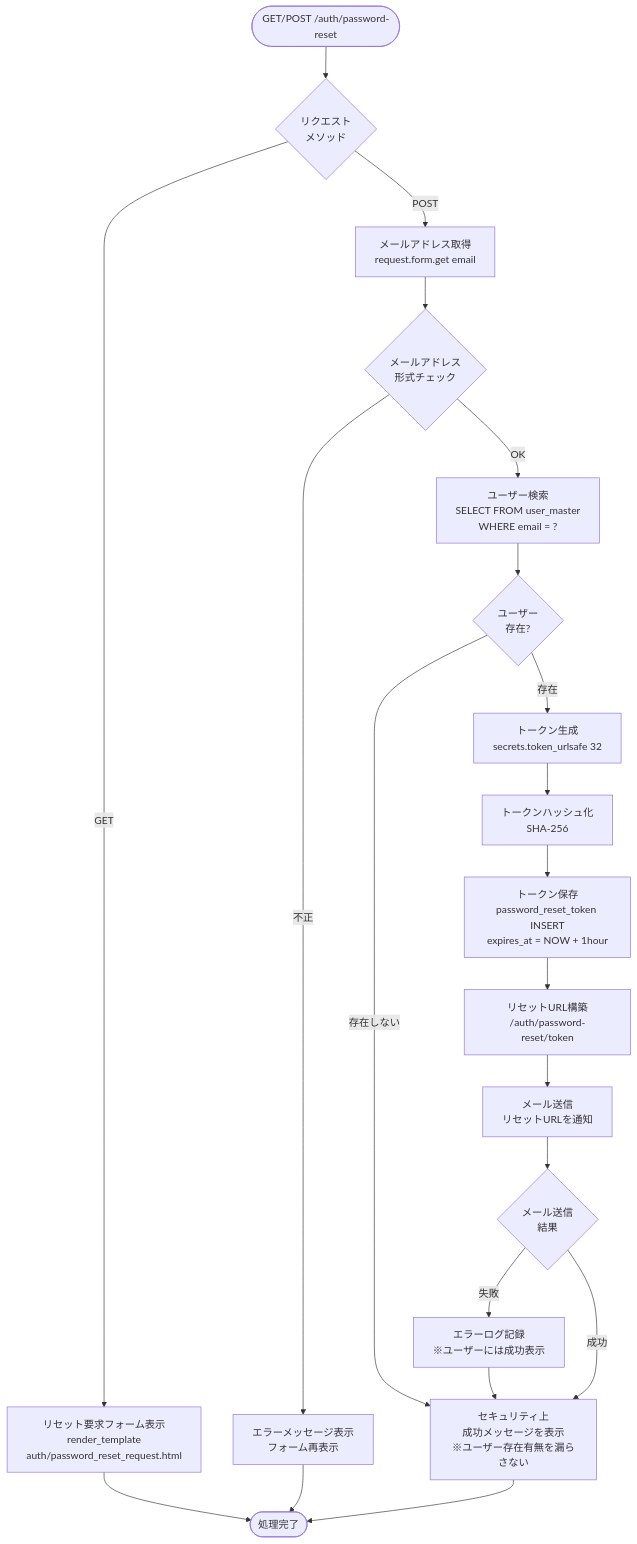
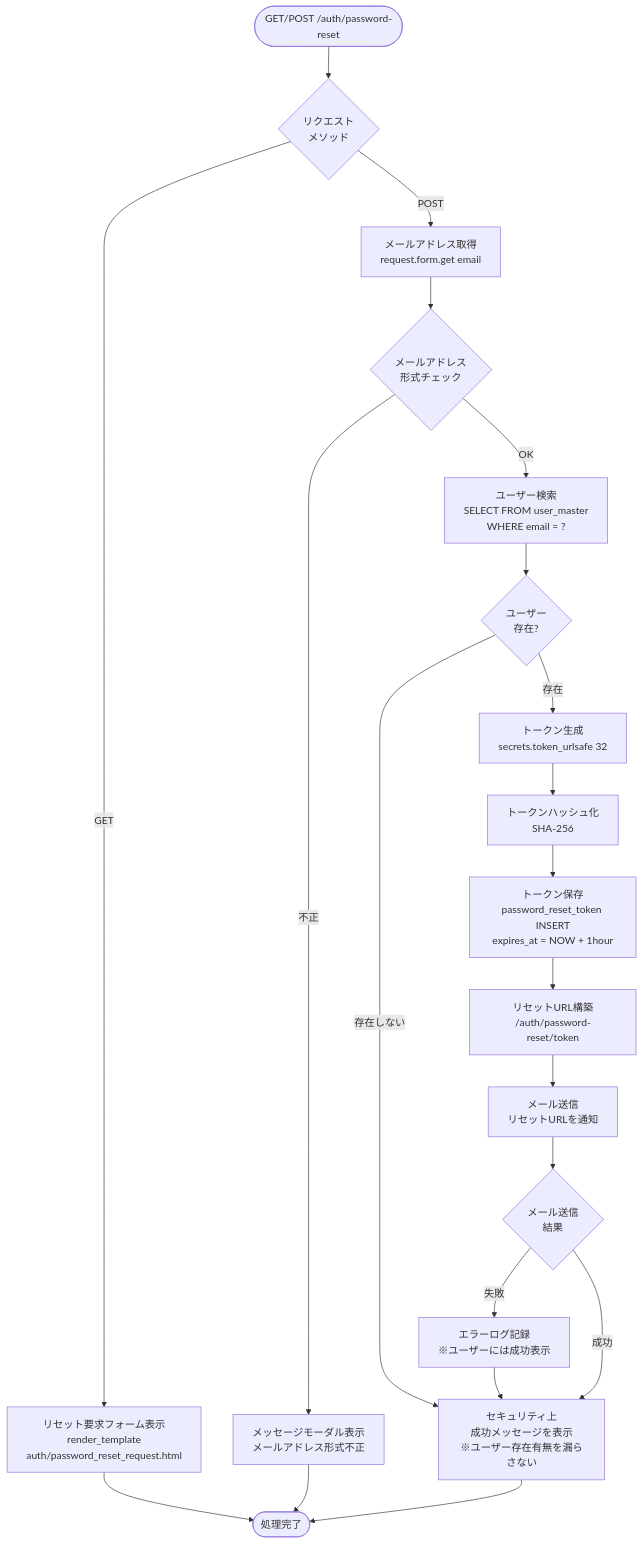
One commit to NSW-SVCP-AIWG002/Databricks-IoT changed the third of 4 diagrams in docs/03-features/common/authentication-specification.md. Above: the diagram before and after it, drawn with Mermaid. The commit also changed other lines of this file and 1 other file, not shown here.

````diff
--- a/docs/03-features/common/authentication-specification.md
+++ b/docs/03-features/common/authentication-specification.md
@@ -1626,32 +1714,32 @@
 ```mermaid
 flowchart TD
     Start([GET/POST /auth/password-reset]) --> CheckMethod{リクエスト<br>メソッド}
 
     CheckMethod -->|GET| ShowResetForm[リセット要求フォーム表示<br>render_template<br>auth/password_reset_request.html]
     ShowResetForm --> End1([処理完了])
 
     CheckMethod -->|POST| GetEmail[メールアドレス取得<br>request.form.get email]
     GetEmail --> ValidateEmail{メールアドレス<br>形式チェック}
 
-    ValidateEmail -->|不正| ShowFormErr[エラーメッセージ表示<br>フォーム再表示]
+    ValidateEmail -->|不正| ShowFormErr[メッセージモーダル表示<br>メールアドレス形式不正]
     ShowFormErr --> End1
 
     ValidateEmail -->|OK| FindUser[ユーザー検索<br>SELECT FROM user_master<br>WHERE email = ?]
     FindUser --> CheckUser{ユーザー<br>存在?}
 
     CheckUser -->|存在しない| ShowSuccess[セキュリティ上<br>成功メッセージを表示<br>※ユーザー存在有無を漏らさない]
     ShowSuccess --> End1
 
     CheckUser -->|存在| GenToken[トークン生成<br>secrets.token_urlsafe 32]
     GenToken --> HashToken[トークンハッシュ化<br>SHA-256]
     HashToken --> SaveToken[トークン保存<br>password_reset_token INSERT<br>expires_at = NOW + 1hour]
 
     SaveToken --> BuildURL[リセットURL構築<br>/auth/password-reset/token]
     BuildURL --> SendEmail[メール送信<br>リセットURLを通知]
 
     SendEmail --> CheckEmail{メール送信<br>結果}
 
     CheckEmail -->|失敗| LogError[エラーログ記録<br>※ユーザーには成功表示]
     LogError --> ShowSuccess
     CheckEmail -->|成功| ShowSuccess
 ```
````
